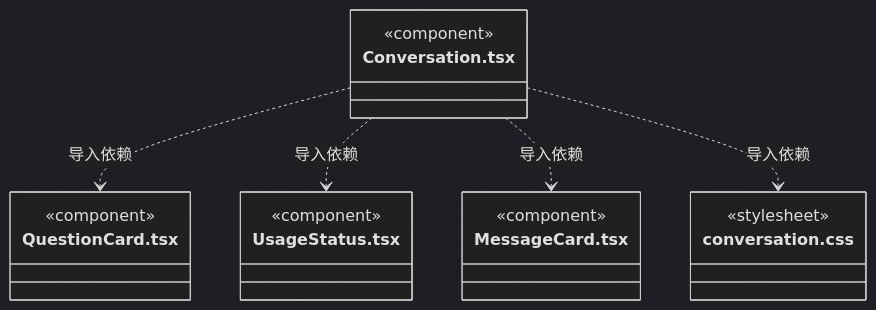
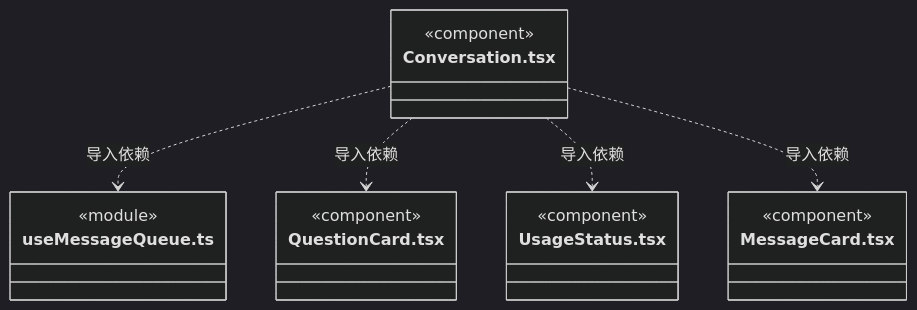
Before and after one commit to nan023062/cbim: diagram 51 of 60 in src/frontend/conversation/ARCHITECTURE.md, drawn with Mermaid (dark theme). The commit also changed other lines of this file and 22 other files, not shown here.

````diff
--- a/src/frontend/conversation/ARCHITECTURE.md
+++ b/src/frontend/conversation/ARCHITECTURE.md
@@ -681,22 +745,22 @@
 ```mermaid
 classDiagram
 class N_src_frontend_conversation_Conversation_tsx["Conversation.tsx"] {
   <<component>>
+}
+class N_src_frontend_conversation_useMessageQueue_ts["useMessageQueue.ts"] {
+  <<module>>
 }
 class N_src_frontend_conversation_QuestionCard_tsx["QuestionCard.tsx"] {
   <<component>>
 }
 class N_src_frontend_conversation_UsageStatus_tsx["UsageStatus.tsx"] {
   <<component>>
 }
 class N_src_frontend_conversation_MessageCard_tsx["MessageCard.tsx"] {
   <<component>>
 }
-class N_src_frontend_conversation_conversation_css["conversation.css"] {
-  <<stylesheet>>
-}
+N_src_frontend_conversation_Conversation_tsx ..> N_src_frontend_conversation_useMessageQueue_ts : 导入依赖
 N_src_frontend_conversation_Conversation_tsx ..> N_src_frontend_conversation_QuestionCard_tsx : 导入依赖
 N_src_frontend_conversation_Conversation_tsx ..> N_src_frontend_conversation_UsageStatus_tsx : 导入依赖
 N_src_frontend_conversation_Conversation_tsx ..> N_src_frontend_conversation_MessageCard_tsx : 导入依赖
-N_src_frontend_conversation_Conversation_tsx ..> N_src_frontend_conversation_conversation_css : 导入依赖
 ```
````
